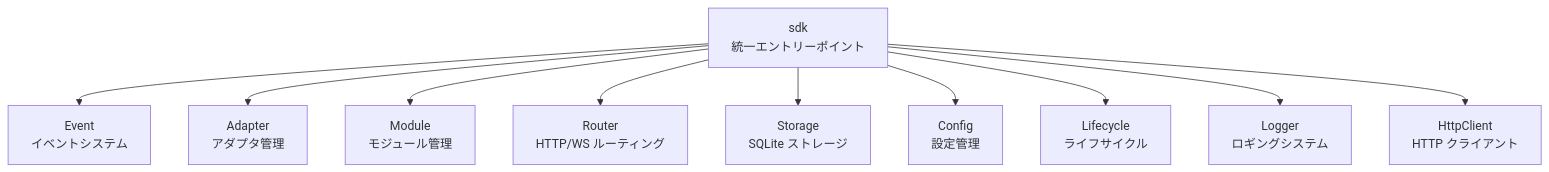
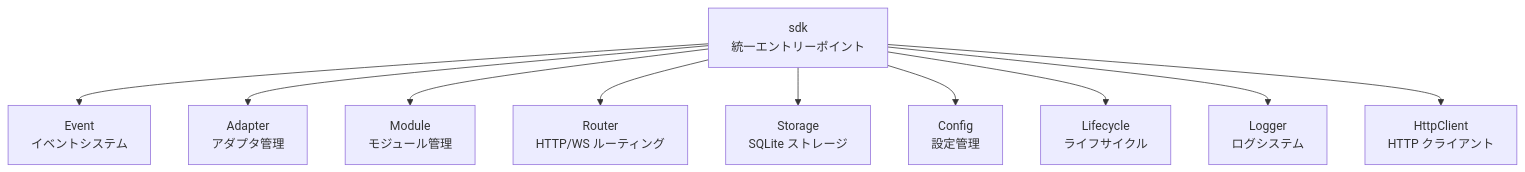
Before and after one commit to ErisPulse/ErisPulse: the second of 2 diagrams in README.ja.md, drawn with Mermaid. The commit also changed other lines of this file and 57 other files, not shown here.

````diff
--- a/README.ja.md
+++ b/README.ja.md
@@ -504,14 +504,14 @@
 ```mermaid
 graph TB
     SDK["sdk<br/>統一エントリーポイント"]
 
     SDK --> Event["Event<br/>イベントシステム"]
     SDK --> AdapterMgr["Adapter<br/>アダプタ管理"]
     SDK --> ModuleMgr["Module<br/>モジュール管理"]
     SDK --> Router["Router<br/>HTTP/WS ルーティング"]
     SDK --> Storage["Storage<br/>SQLite ストレージ"]
     SDK --> Config["Config<br/>設定管理"]
     SDK --> Lifecycle["Lifecycle<br/>ライフサイクル"]
-    SDK --> Logger["Logger<br/>ロギングシステム"]
+    SDK --> Logger["Logger<br/>ログシステム"]
     SDK --> Client["HttpClient<br/>HTTP クライアント"]
 ```
````
